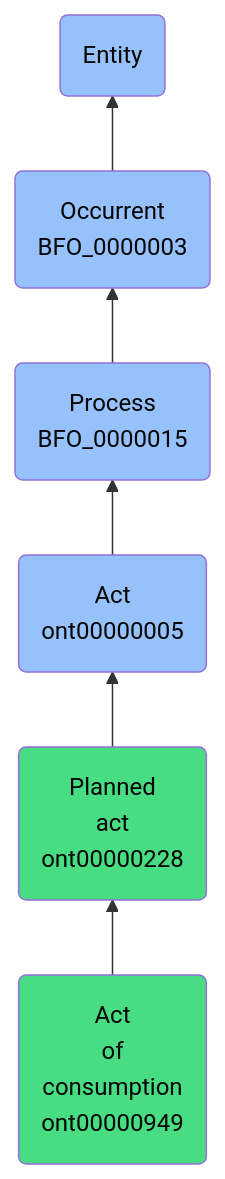
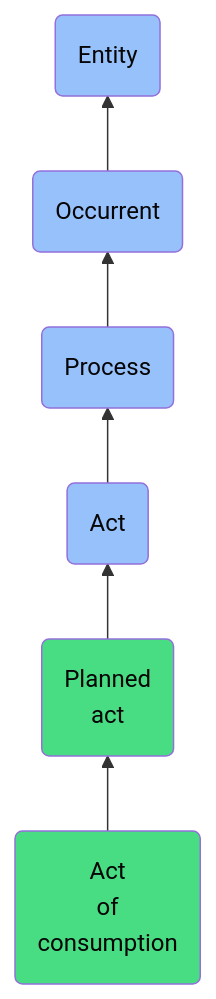
One commit to jupyter-naas/abi changed the diagram in docs/ontology/reference/model/Entity/Occurrent/Process/Act/Planned act/Act of consumption/Act of consumption.md. Above: the diagram before and after it, drawn with Mermaid. The commit also changed other lines of this file and 1430 other files, not shown here.

````diff
--- a/docs/ontology/reference/model/Entity/Occurrent/Process/Act/Planned act/Act of consumption/Act of consumption.md
+++ b/docs/ontology/reference/model/Entity/Occurrent/Process/Act/Planned act/Act of consumption/Act of consumption.md
@@ -24,13 +24,13 @@
 ```mermaid
 graph BT
-    ont00000949(Act<br>of<br>consumption<br>ont00000949):::ABI-->ont00000228
-    ont00000228(Planned<br>act<br>ont00000228):::ABI-->ont00000005
-    ont00000005(Act<br>ont00000005):::BFO-->BFO_0000015
-    BFO_0000015(Process<br>BFO_0000015):::BFO-->BFO_0000003
-    BFO_0000003(Occurrent<br>BFO_0000003):::BFO-->BFO_0000001
+    ont00000949(Act<br>of<br>consumption):::ABI-->ont00000228
+    ont00000228(Planned<br>act):::ABI-->ont00000005
+    ont00000005(Act):::BFO-->BFO_0000015
+    BFO_0000015(Process):::BFO-->BFO_0000003
+    BFO_0000003(Occurrent):::BFO-->BFO_0000001
     BFO_0000001(Entity):::BFO
     
     classDef BFO fill:#97c1fb,color:#060606
     classDef CCO fill:#e4c51e,color:#060606
     classDef ABI fill:#48DD82,color:#060606
 ```
````
